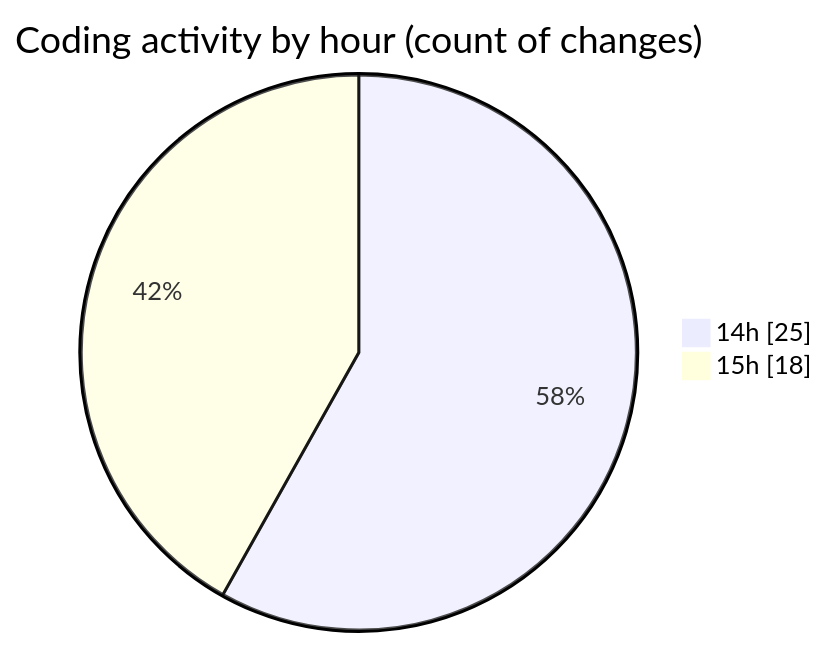
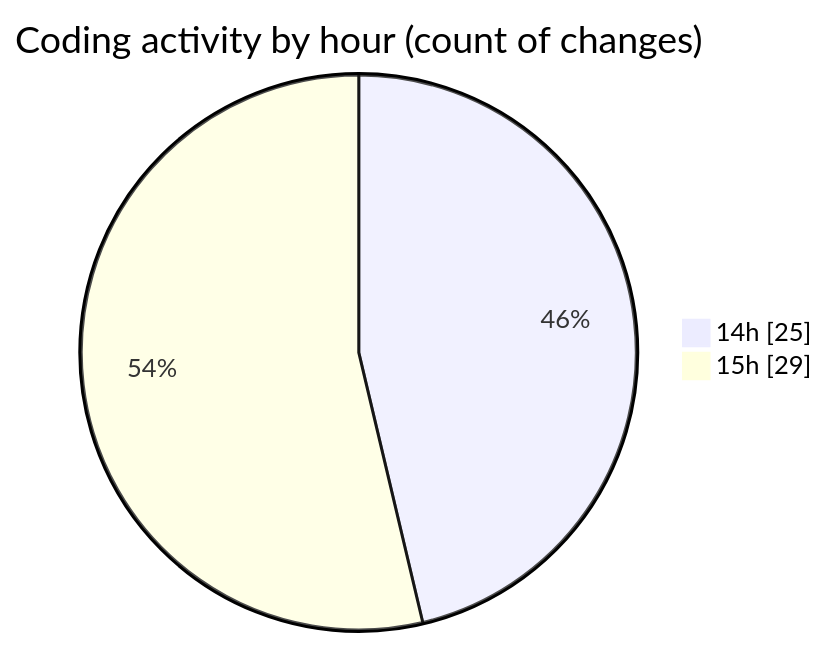
The second of 2 diagrams in 2026-03-14/ai_assignment/README.md (Unknowalive/code-tracking), drawn with Mermaid before and after one commit. The commit also changed other lines of this file and 1 other file, not shown here.

````diff
--- a/2026-03-14/ai_assignment/README.md
+++ b/2026-03-14/ai_assignment/README.md
@@ -36,6 +39,6 @@
 ```mermaid
 pie showData
 title Coding activity by hour (count of changes)
 "14h" : 25
-"15h" : 18
+"15h" : 29
 ```
````
